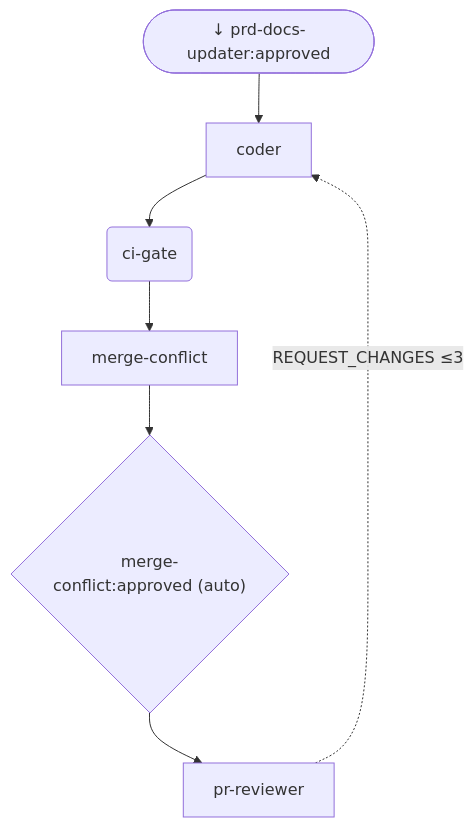
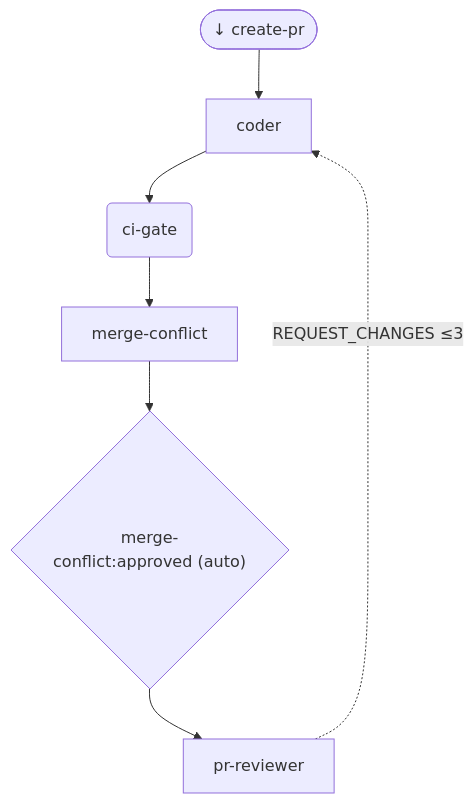
Before and after one commit to M-A-Operating-System/ai-coding-standards2: the diagram in docs/product/orchestrator/generated/phases/03_execute.mmd, drawn with Mermaid. The commit also changed 1 other file, not shown here.

Commit message:
chore: regenerate pipeline diagrams

```diff
--- a/docs/product/orchestrator/generated/phases/03_execute.mmd
+++ b/docs/product/orchestrator/generated/phases/03_execute.mmd
@@ -1,13 +1,13 @@
 flowchart TD
-    n_01_product_docs__prd_docs_updater(["↓ prd-docs-updater:approved"])
+    n_01_product_docs__create_pr(["↓ create-pr"])
     n_03_execute__coder["coder"]
     n_03_execute__ci_gate("ci-gate")
     n_03_execute__merge_conflict["merge-conflict"]
     n_03_execute__pr_reviewer["pr-reviewer"]
     gate__n_03_execute__merge_conflict{"merge-conflict:approved (auto)"}
     n_03_execute__merge_conflict --> gate__n_03_execute__merge_conflict
-    n_01_product_docs__prd_docs_updater --> n_03_execute__coder
+    n_01_product_docs__create_pr --> n_03_execute__coder
     n_03_execute__coder --> n_03_execute__ci_gate
     n_03_execute__ci_gate --> n_03_execute__merge_conflict
     gate__n_03_execute__merge_conflict --> n_03_execute__pr_reviewer
     n_03_execute__pr_reviewer -. REQUEST_CHANGES ≤3 .-> n_03_execute__coder
```
